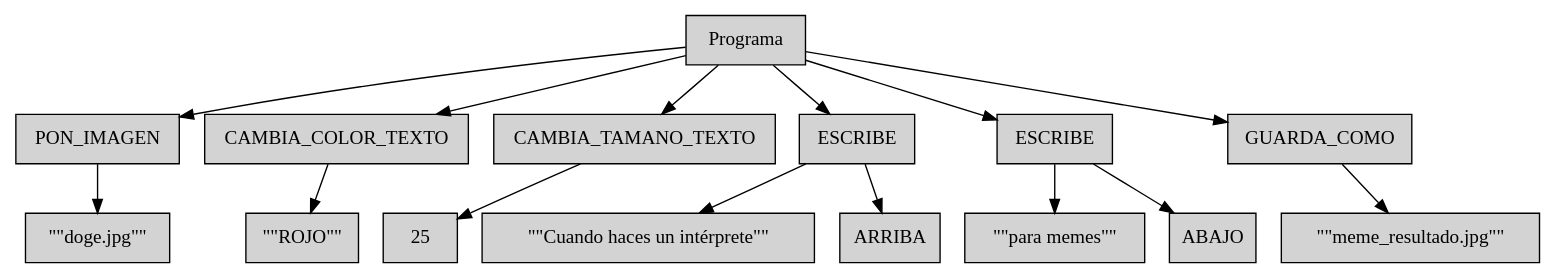
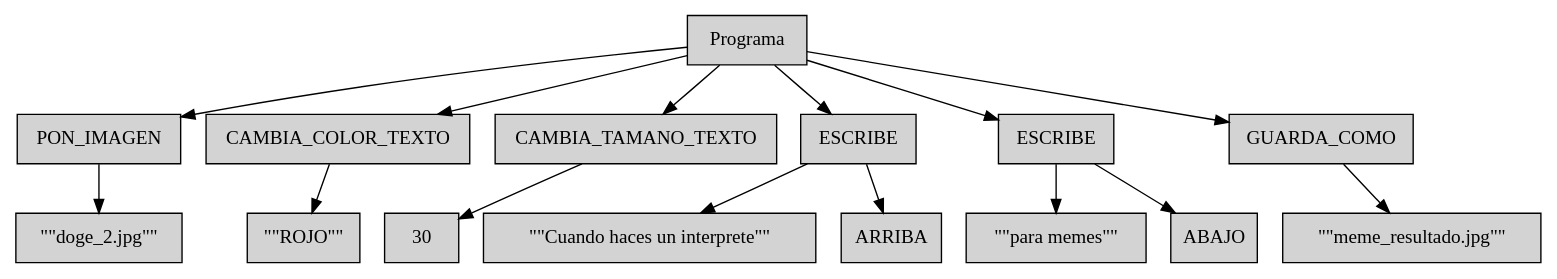
Before and after one commit to Chefsito21/meme_interprete: the diagram in build/ast.dot, drawn with Graphviz. The commit also changed 15 other files, not shown here.

```diff
--- a/build/ast.dot
+++ b/build/ast.dot
@@ -1,33 +1,33 @@
 digraph AST {
     node [shape=box, style=filled, fillcolor=lightgray];
     rankdir=TB;
     node0 [label="Programa"];
     node1 [label="PON_IMAGEN"];
-    node2 [label="\"\"doge.jpg\"\""];
+    node2 [label="\"\"doge_2.jpg\"\""];
     node1 -> node2;
     node0 -> node1;
     node3 [label="CAMBIA_COLOR_TEXTO"];
     node4 [label="\"\"ROJO\"\""];
     node3 -> node4;
     node0 -> node3;
     node5 [label="CAMBIA_TAMANO_TEXTO"];
-    node6 [label="25"];
+    node6 [label="30"];
     node5 -> node6;
     node0 -> node5;
     node7 [label="ESCRIBE"];
-    node8 [label="\"\"Cuando haces un intérprete\"\""];
+    node8 [label="\"\"Cuando haces un interprete\"\""];
     node9 [label="ARRIBA"];
     node7 -> node8;
     node7 -> node9;
     node0 -> node7;
     node10 [label="ESCRIBE"];
     node11 [label="\"\"para memes\"\""];
     node12 [label="ABAJO"];
     node10 -> node11;
     node10 -> node12;
     node0 -> node10;
     node13 [label="GUARDA_COMO"];
     node14 [label="\"\"meme_resultado.jpg\"\""];
     node13 -> node14;
     node0 -> node13;
 }
```
